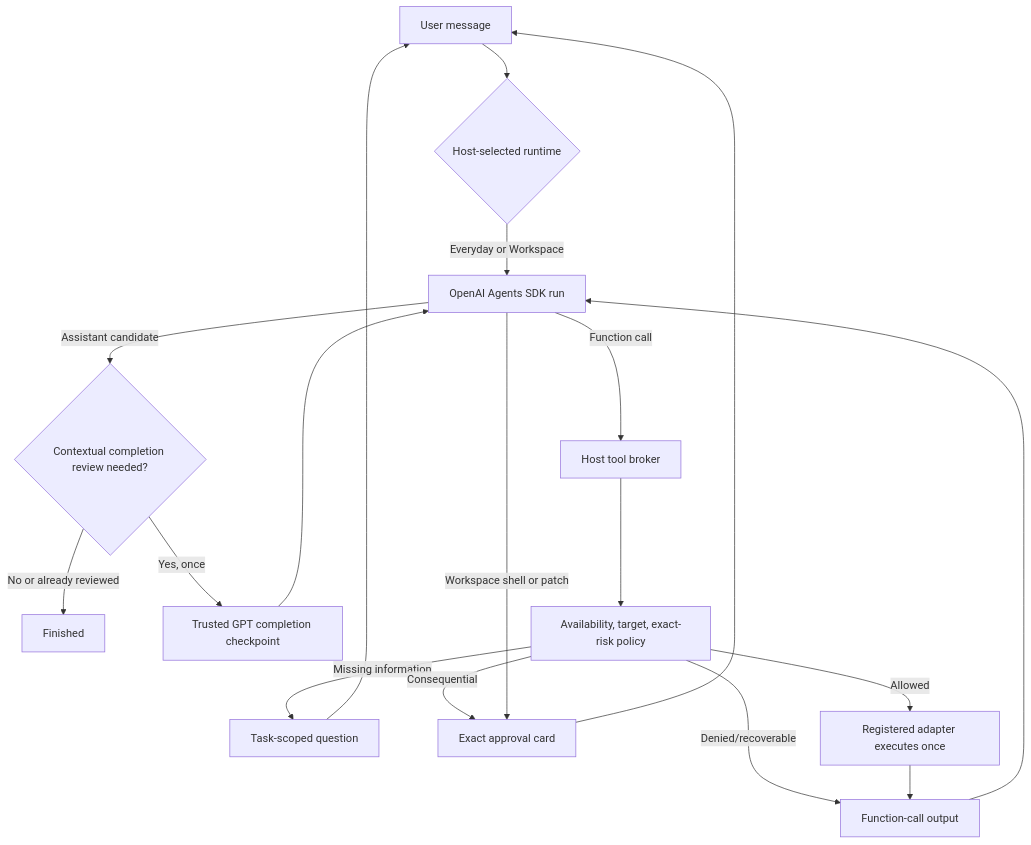
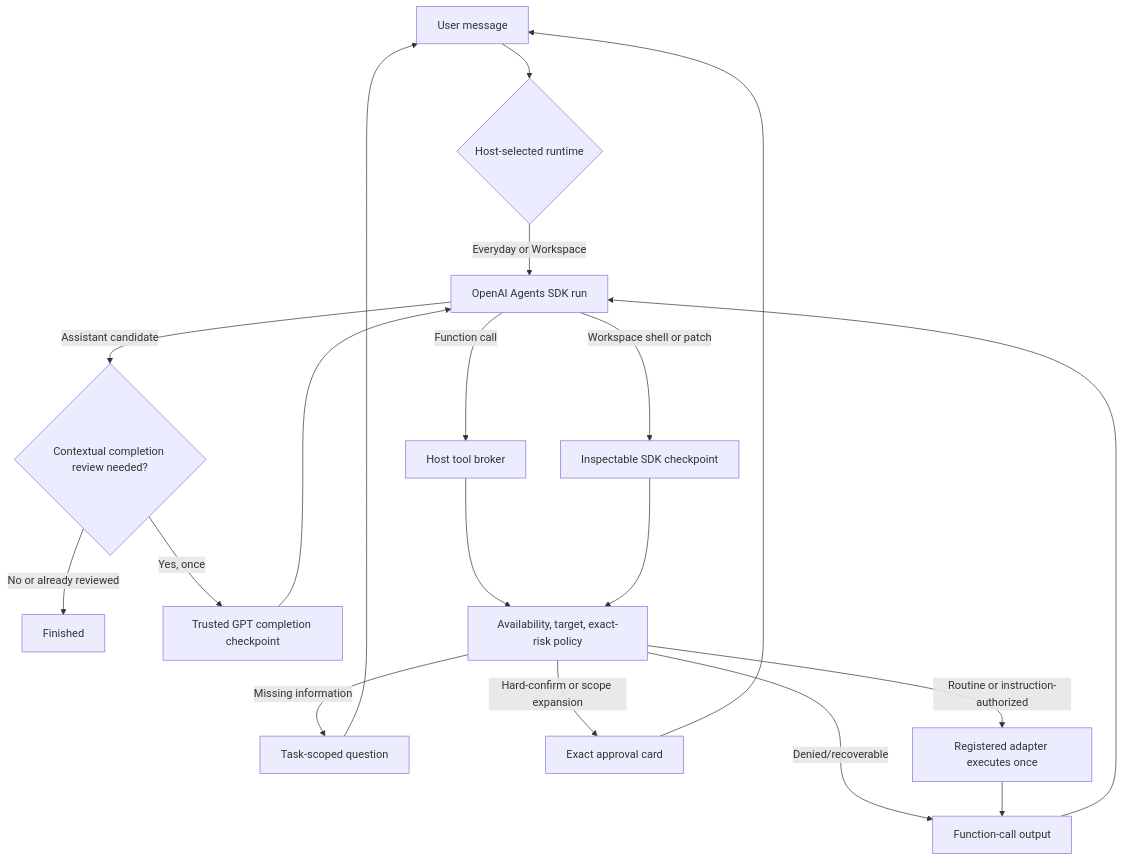
Before and after one commit to ducnguyen67201/TroCode: the diagram in docs/conversational-task-execution.md, drawn with Mermaid. The commit also changed other lines of this file and 131 other files, not shown here.

````diff
--- a/docs/conversational-task-execution.md
+++ b/docs/conversational-task-execution.md
@@ -11,20 +21,21 @@
 ```mermaid
 flowchart TD
     USER["User message"] --> RUNTIME{"Host-selected runtime"}
     RUNTIME -->|"Everyday or Workspace"| MODEL["OpenAI Agents SDK run"]
     MODEL -->|"Assistant candidate"| REVIEW{"Contextual completion review needed?"}
     REVIEW -->|"No or already reviewed"| DONE["Finished"]
     REVIEW -->|"Yes, once"| CHECK["Trusted GPT completion checkpoint"]
     CHECK --> MODEL
     MODEL -->|"Function call"| ROUTER["Host tool broker"]
     ROUTER --> POLICY["Availability, target, exact-risk policy"]
     POLICY -->|"Denied/recoverable"| OUTPUT["Function-call output"]
     POLICY -->|"Missing information"| ASK["Task-scoped question"]
-    POLICY -->|"Consequential"| APPROVE["Exact approval card"]
-    POLICY -->|"Allowed"| EXECUTE["Registered adapter executes once"]
+    POLICY -->|"Hard-confirm or scope expansion"| APPROVE["Exact approval card"]
+    POLICY -->|"Routine or instruction-authorized"| EXECUTE["Registered adapter executes once"]
     ASK --> USER
     APPROVE --> USER
     EXECUTE --> OUTPUT
     OUTPUT --> MODEL
-    MODEL -->|"Workspace shell or patch"| APPROVE
+    MODEL -->|"Workspace shell or patch"| SDK["Inspectable SDK checkpoint"]
+    SDK --> POLICY
 ```
````
